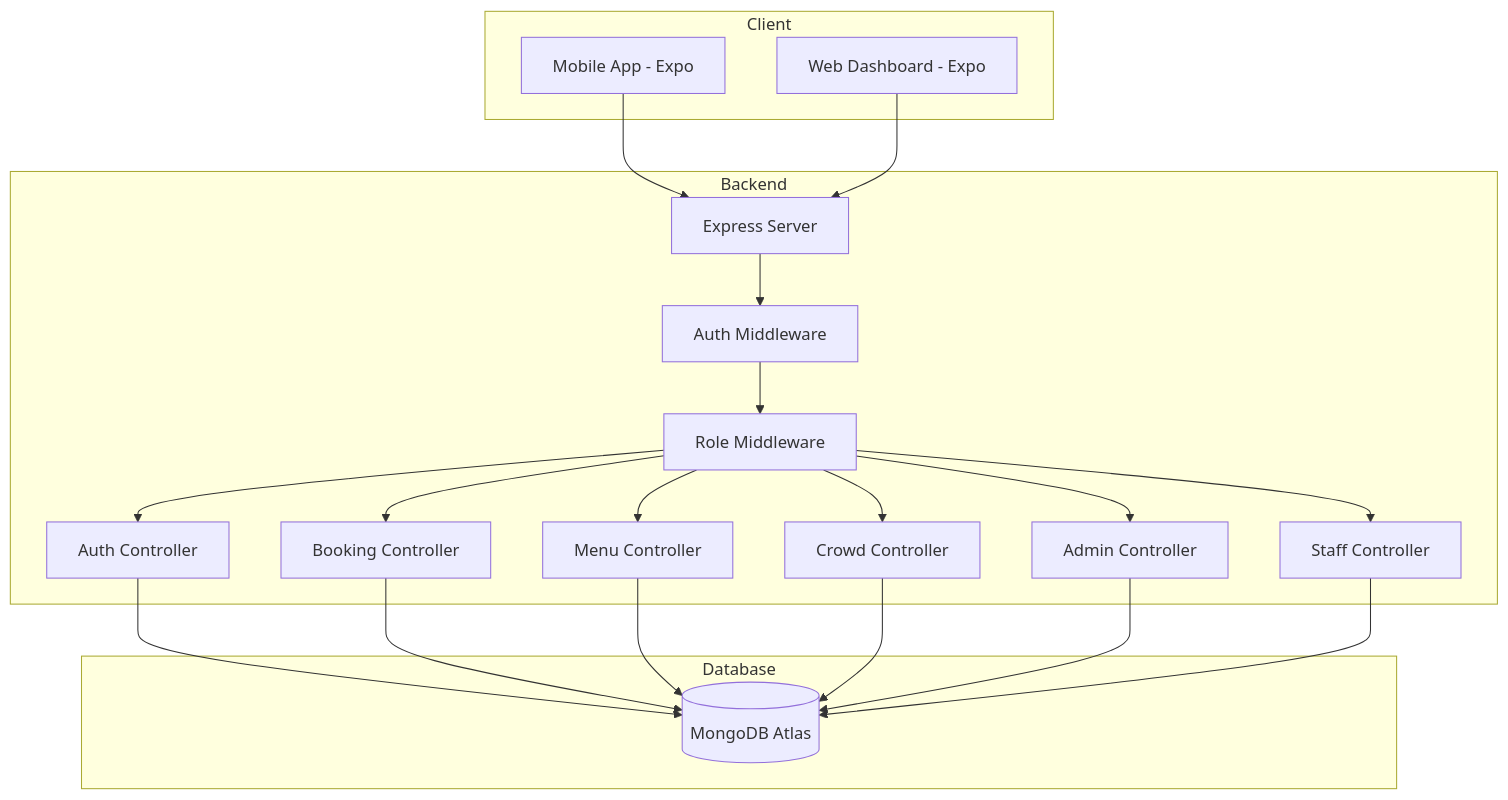
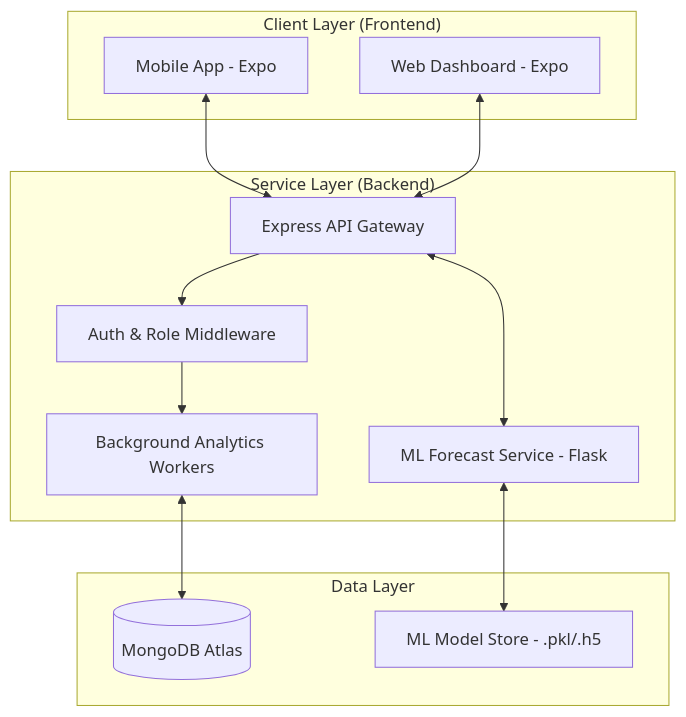
Before and after one commit to SuryaSampreeth/smart-cafeteria-demand-forecasting-and-token-based-queue-optimization: the diagram in README.md, drawn with Mermaid. The commit also changed other lines of this file, not shown here.

````diff
--- a/README.md
+++ b/README.md
@@ -184,48 +23,27 @@
 ```mermaid
 flowchart TD
-
-    %% Client Layer
-    subgraph Client
+    subgraph ClientLayer ["Client Layer (Frontend)"]
         A[Mobile App - Expo]
         B[Web Dashboard - Expo]
     end
 
-    %% Backend Layer
-    subgraph Backend
-        D[Express Server]
-        E[Auth Middleware]
-        F[Role Middleware]
-        G[Auth Controller]
-        H[Booking Controller]
-        I[Menu Controller]
-        J[Crowd Controller]
-        K[Admin Controller]
-        L[Staff Controller]
+    subgraph ServiceLayer ["Service Layer (Backend)"]
+        D[Express API Gateway]
+        E[Auth & Role Middleware]
+        F[Background Analytics Workers]
+        G[ML Forecast Service - Flask]
     end
 
-    %% Database Layer
-    subgraph Database
+    subgraph DataLayer ["Data Layer"]
         M[(MongoDB Atlas)]
+        P[ML Model Store - .pkl/.h5]
     end
 
-    %% Flow
-    A --> D
-    B --> D
-
+    A <--> D
+    B <--> D
     D --> E
     E --> F
-
-    F --> G
-    F --> H
-    F --> I
-    F --> J
-    F --> K
-    F --> L
-
-    G --> M
-    H --> M
-    I --> M
-    J --> M
-    K --> M
-    L --> M
+    F <--> M
+    D <--> G
+    G <--> P
 ```
````
